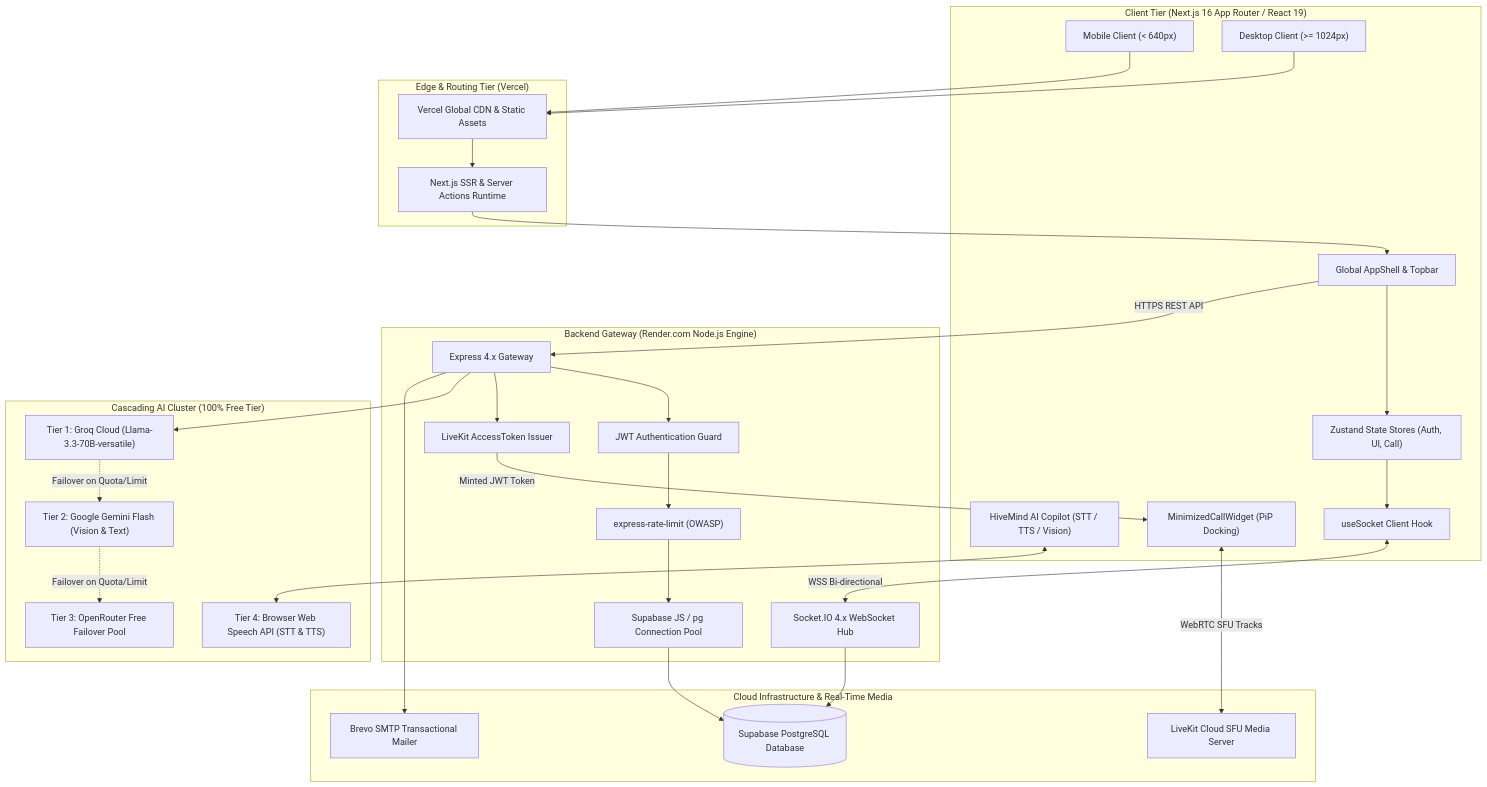
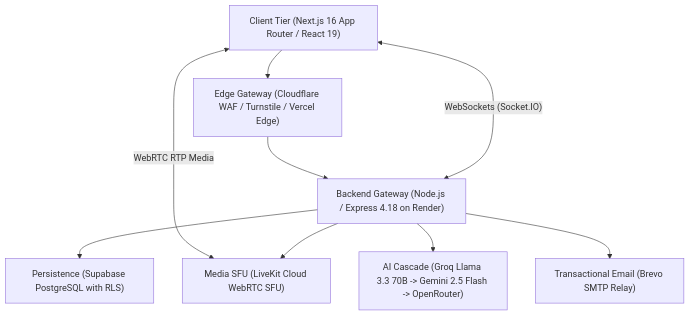
Before and after one commit to Ti838/Project-Hive: the diagram in ARCHITECTURE.md, drawn with Mermaid. The commit also changed other lines of this file and 110 other files, not shown here.

Commit message:
docs: consolidate architecture documentation, add pro-level Mermaid diagrams, and clean legacy files

````diff
--- a/ARCHITECTURE.md
+++ b/ARCHITECTURE.md
@@ -17,70 +11,19 @@
 ```mermaid
 graph TD
-    %% Clients
-    subgraph Client_Ecosystem ["Client Tier (Next.js 16 App Router / React 19)"]
-        BrowserMobile["Mobile Client (< 640px)"]
-        BrowserDesktop["Desktop Client (>= 1024px)"]
-        AppShell["Global AppShell & Topbar"]
-        HiveMindWidget["HiveMind AI Copilot (STT / TTS / Vision)"]
-        LiveKitWidget["MinimizedCallWidget (PiP Docking)"]
-        SocketEngine["useSocket Client Hook"]
-        StoreLayer["Zustand State Stores (Auth, UI, Call)"]
-    end
+    Client["Client Tier (Next.js 16 App Router / React 19)"]
+    WAF["Edge Gateway (Cloudflare WAF / Turnstile / Vercel Edge)"]
+    Backend["Backend Gateway (Node.js / Express 4.18 on Render)"]
+    Postgres["Persistence (Supabase PostgreSQL with RLS)"]
+    LiveKit["Media SFU (LiveKit Cloud WebRTC SFU)"]
+    HiveMind["AI Cascade (Groq Llama 3.3 70B -> Gemini 2.5 Flash -> OpenRouter)"]
+    SMTP["Transactional Email (Brevo SMTP Relay)"]
 
-    %% Edge CDN
-    subgraph Edge_Infrastructure ["Edge & Routing Tier (Vercel)"]
-        VercelCDN["Vercel Global CDN & Static Assets"]
-        NextServer["Next.js SSR & Server Actions Runtime"]
-    end
-
-    %% Backend Engine
-    subgraph Backend_Gateway ["Backend Gateway (Render.com Node.js Engine)"]
-        ExpressRouter["Express 4.x Gateway"]
-        AuthMiddleware["JWT Authentication Guard"]
-        RateLimiter["express-rate-limit (OWASP)"]
-        LiveKitTokenService["LiveKit AccessToken Issuer"]
-        SocketCluster["Socket.IO 4.x WebSocket Hub"]
-        DBConnector["Supabase JS / pg Connection Pool"]
-    end
-
-    %% Multi-Model AI Engine
-    subgraph AI_Inference_Cluster ["Cascading AI Cluster (100% Free Tier)"]
-        GroqTier["Tier 1: Groq Cloud (Llama-3.3-70B-versatile)"]
-        GeminiTier["Tier 2: Google Gemini Flash (Vision & Text)"]
-        OpenRouterTier["Tier 3: OpenRouter Free Failover Pool"]
-        WebSpeechTier["Tier 4: Browser Web Speech API (STT & TTS)"]
-    end
-
-    %% Cloud Services & Persistence
-    subgraph Persistence_Media ["Cloud Infrastructure & Real-Time Media"]
-        PostgreSQL[("Supabase PostgreSQL Database")]
-        LiveKitCluster["LiveKit Cloud SFU Media Server"]
-        BrevoSMTP["Brevo SMTP Transactional Mailer"]
-    end
-
-    %% Connections
-    BrowserMobile --> VercelCDN
-    BrowserDesktop --> VercelCDN
-    VercelCDN --> NextServer
-    NextServer --> AppShell
-    AppShell --> StoreLayer
-    StoreLayer --> SocketEngine
-
-    AppShell -->|HTTPS REST API| ExpressRouter
-    SocketEngine <-->|WSS Bi-directional| SocketCluster
-    ExpressRouter --> AuthMiddleware
-    AuthMiddleware --> RateLimiter
-    RateLimiter --> DBConnector
-    DBConnector --> PostgreSQL
-    SocketCluster --> PostgreSQL
-
-    ExpressRouter --> LiveKitTokenService
-    LiveKitTokenService -->|Minted JWT Token| LiveKitWidget
-    LiveKitWidget <-->|WebRTC SFU Tracks| LiveKitCluster
-
-    HiveMindWidget <--> WebSpeechTier
-    ExpressRouter --> GroqTier
-    GroqTier -.->|Failover on Quota/Limit| GeminiTier
-    GeminiTier -.->|Failover on Quota/Limit| OpenRouterTier
-    ExpressRouter --> BrevoSMTP
+    Client --> WAF
+    WAF --> Backend
+    Client <-->|"WebSockets (Socket.IO)"| Backend
+    Client <-->|"WebRTC RTP Media"| LiveKit
+    Backend --> Postgres
+    Backend --> LiveKit
+    Backend --> HiveMind
+    Backend --> SMTP
 ```
````
